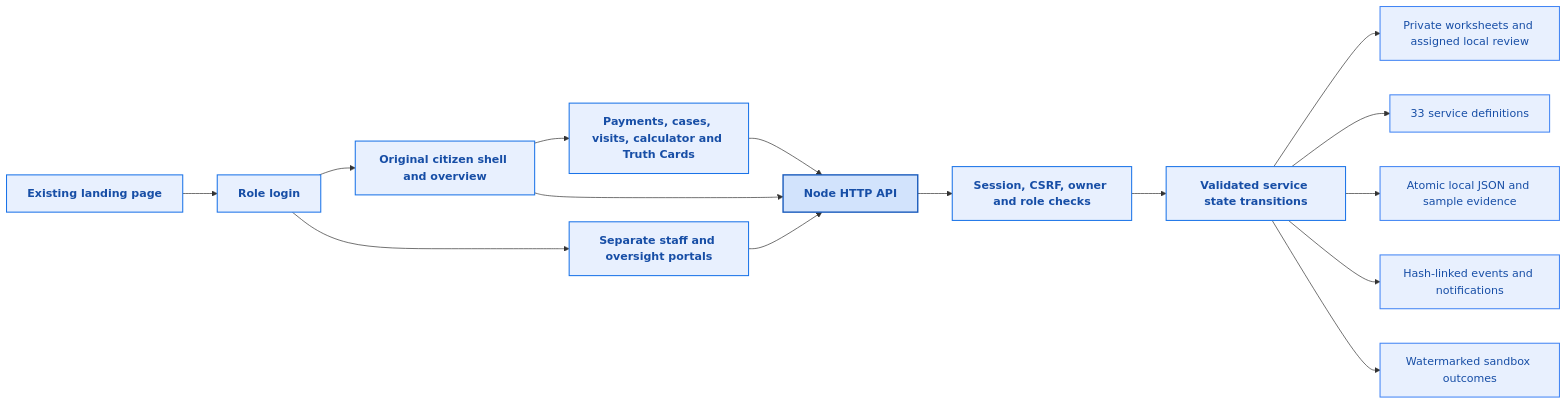
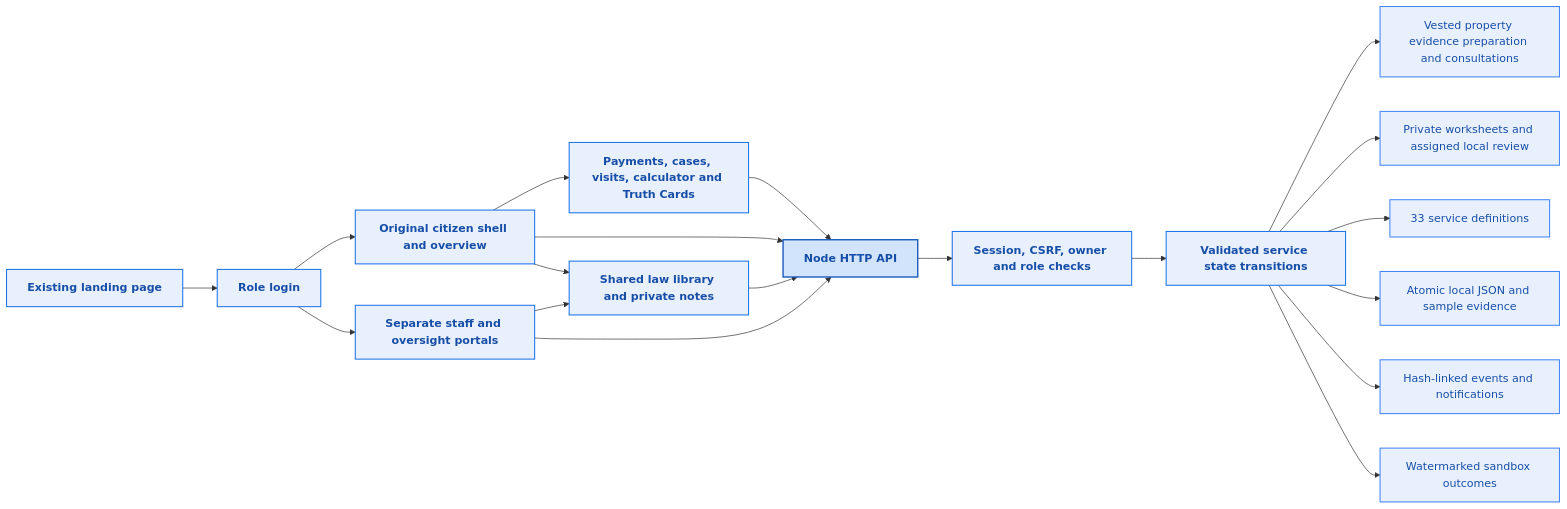
Before and after one commit to Shreyalien/E-Bhumi: the third of 3 diagrams in README.md, drawn with Mermaid. The commit also changed other lines of this file and 47 other files, not shown here.

Commit message:
Add shared land law library and source-based vested property workflows

````diff
--- a/README.md
+++ b/README.md
@@ -250,21 +260,25 @@
 ```mermaid
 flowchart LR
     classDef blueBox fill:#e8f0fe,stroke:#1a73e8,stroke-width:1.5px,color:#174ea6,font-weight:600;
     classDef blueServer fill:#d2e3fc,stroke:#185abc,stroke-width:2px,color:#174ea6,font-weight:600;
     classDef blueData fill:#e8f0fe,stroke:#4285f4,stroke-width:1.5px,color:#174ea6;
 
     Public["Existing landing page"]:::blueBox --> Login["Role login"]:::blueBox
     Login --> Citizen["Original citizen shell and overview"]:::blueBox
     Login --> Staff["Separate staff and oversight portals"]:::blueBox
     Citizen --> Tools["Payments, cases, visits, calculator and Truth Cards"]:::blueBox
     Tools --> API["Node HTTP API"]:::blueServer
     Citizen --> API
+    Staff --> Law["Shared law library and private notes"]:::blueBox
+    Citizen --> Law
+    Law --> API
     Staff --> API
     API --> Guards["Session, CSRF, owner and role checks"]:::blueBox
     Guards --> Workflows["Validated service state transitions"]:::blueBox
+    Workflows --> Legacy["Vested property evidence preparation and consultations"]:::blueData
     Workflows --> Dossiers["Private worksheets and assigned local review"]:::blueData
     Workflows --> Catalogue["33 service definitions"]:::blueData
     Workflows --> Store["Atomic local JSON and sample evidence"]:::blueData
     Workflows --> Audit["Hash-linked events and notifications"]:::blueData
     Workflows --> Output["Watermarked sandbox outcomes"]:::blueData
 ```
````
